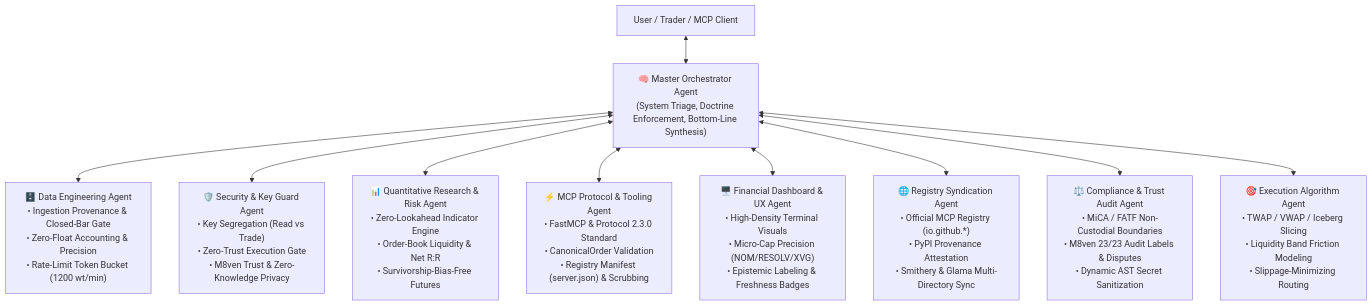
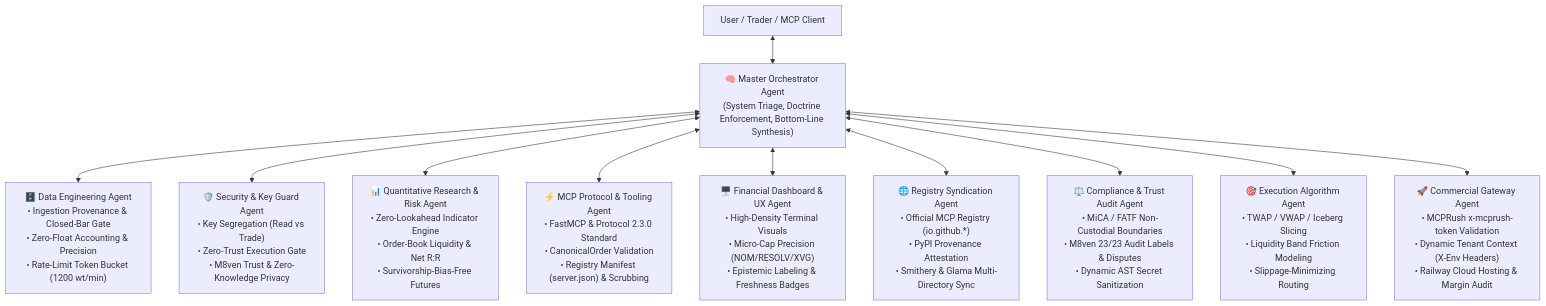
One commit to KumailQazi/krmaazha-binance-mcp changed the diagram in AGENTS.md. Above: the diagram before and after it, drawn with Mermaid. The commit also changed other lines of this file and 222 other files, not shown here.

First line of the commit message:
feat(gateway): implement MCPRush commercial gateway, dynamic credentials, and 3-day trial gating

````diff
--- a/AGENTS.md
+++ b/AGENTS.md
@@ -5,13 +5,14 @@
 ```mermaid
 flowchart TD
     User["User / Trader / MCP Client"] <--> Orch["🧠 Master Orchestrator Agent\n(System Triage, Doctrine Enforcement, Bottom-Line Synthesis)"]
     
     Orch <--> Data["🗄️ Data Engineering Agent\n• Ingestion Provenance & Closed-Bar Gate\n• Zero-Float Accounting & Precision\n• Rate-Limit Token Bucket (1200 wt/min)"]
     Orch <--> Sec["🛡️ Security & Key Guard Agent\n• Key Segregation (Read vs Trade)\n• Zero-Trust Execution Gate\n• M8ven Trust & Zero-Knowledge Privacy"]
     Orch <--> Quant["📊 Quantitative Research & Risk Agent\n• Zero-Lookahead Indicator Engine\n• Order-Book Liquidity & Net R:R\n• Survivorship-Bias-Free Futures"]
     Orch <--> Proto["⚡ MCP Protocol & Tooling Agent\n• FastMCP & Protocol 2.3.0 Standard\n• CanonicalOrder Validation\n• Registry Manifest (server.json) & Scrubbing"]
     Orch <--> UX["🖥️ Financial Dashboard & UX Agent\n• High-Density Terminal Visuals\n• Micro-Cap Precision (NOM/RESOLV/XVG)\n• Epistemic Labeling & Freshness Badges"]
     Orch <--> Reg["🌐 Registry Syndication Agent\n• Official MCP Registry (io.github.*)\n• PyPI Provenance Attestation\n• Smithery & Glama Multi-Directory Sync"]
     Orch <--> Comp["⚖️ Compliance & Trust Audit Agent\n• MiCA / FATF Non-Custodial Boundaries\n• M8ven 23/23 Audit Labels & Disputes\n• Dynamic AST Secret Sanitization"]
     Orch <--> Exec["🎯 Execution Algorithm Agent\n• TWAP / VWAP / Iceberg Slicing\n• Liquidity Band Friction Modeling\n• Slippage-Minimizing Routing"]
+    Orch <--> Gate["🚀 Commercial Gateway Agent\n• MCPRush x-mcprush-token Validation\n• Dynamic Tenant Context (X-Env Headers)\n• Railway Cloud Hosting & Margin Audit"]
 ```
````
